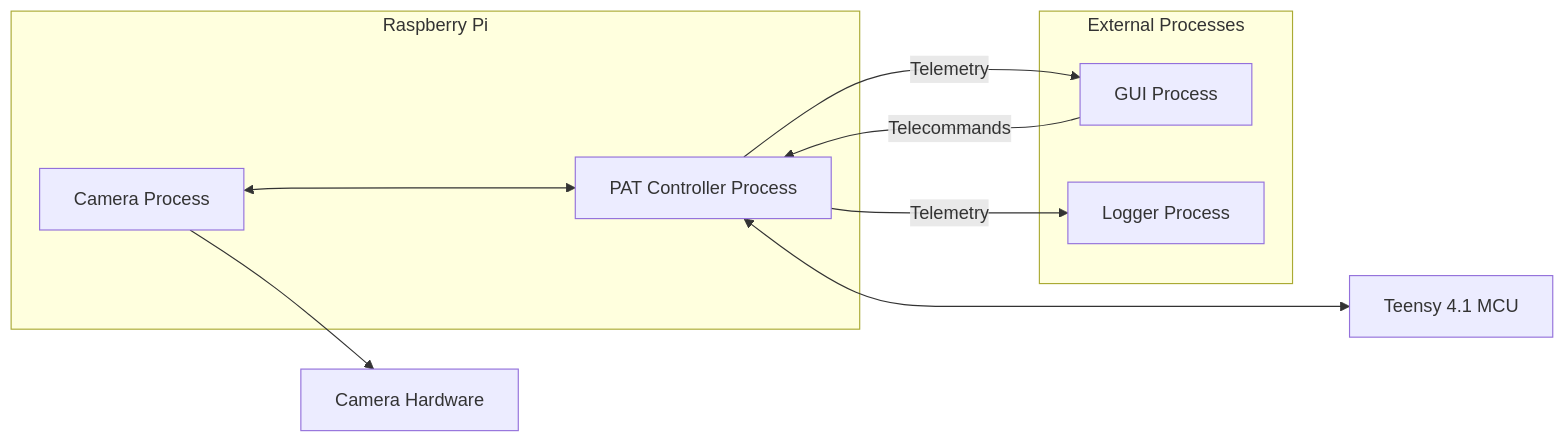
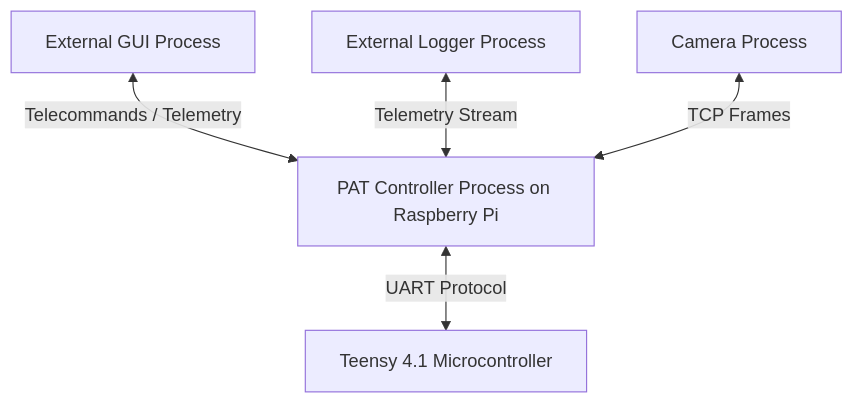
Before and after one commit to vmsantosg01/mermaid: the first of 14 diagrams in README.md, drawn with Mermaid. The commit also changed other lines of this file, not shown here.

````diff
--- a/README.md
+++ b/README.md
@@ -32,23 +13,13 @@
 ```mermaid
-flowchart LR
-    subgraph Pi["Raspberry Pi"]
-        Controller["PAT Controller Process"]
-        CameraProc["Camera Process"]
-    end
+flowchart TD
+    GUI[External GUI Process]
+    LOGGER[External Logger Process]
+    CAMERA[Camera Process]
+    RPI[PAT Controller Process on Raspberry Pi]
+    TEENSY[Teensy 4.1 Microcontroller]
 
-    subgraph External["External Processes"]
-        GUI["GUI Process"]
-        Logger["Logger Process"]
-    end
-
-    Teensy["Teensy 4.1 MCU"]
-
-    Camera["Camera Hardware"]
-
-    GUI -- Telecommands --> Controller
-    Controller -- Telemetry --> GUI
-    Controller -- Telemetry --> Logger
-    Controller <---> Teensy
-    CameraProc <---> Controller
-    CameraProc --> Camera
+    GUI <--> |Telecommands / Telemetry| RPI
+    LOGGER <--> |Telemetry Stream| RPI
+    CAMERA <--> |TCP Frames| RPI
+    RPI <--> |UART Protocol| TEENSY
 ```
````
